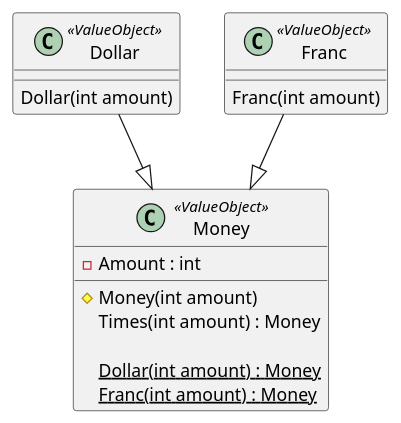
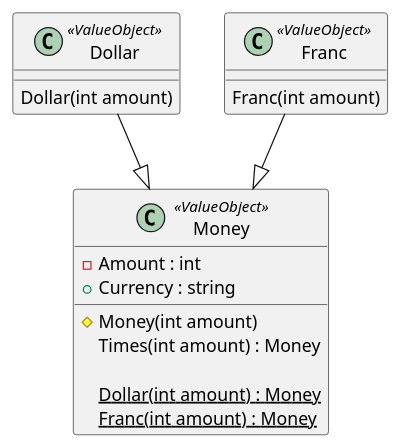
Before and after one commit to RicardoGuzmanVelasco/KentBeck.TDDByExample: the diagram in Documentation/Classes.puml, drawn with PlantUML. The commit also changed 1 other file, not shown here.

Commit message:
10 | Currency codes | Documentation

```diff
--- a/Documentation/Classes.puml
+++ b/Documentation/Classes.puml
@@ -1,23 +1,24 @@
 @startuml
 class Dollar <<ValueObject>>
 {
     Dollar(int amount)
 }
 
 class Franc <<ValueObject>>
 {
     Franc(int amount)
 }
 
 class Money <<ValueObject>>
 {
     -Amount : int
+    +Currency : string
     #Money(int amount)
     Times(int amount) : Money
     
     {static} Dollar(int amount) : Money
     {static} Franc(int amount) : Money
 }
 Dollar --|> Money
 Franc --|> Money
 @enduml
```
